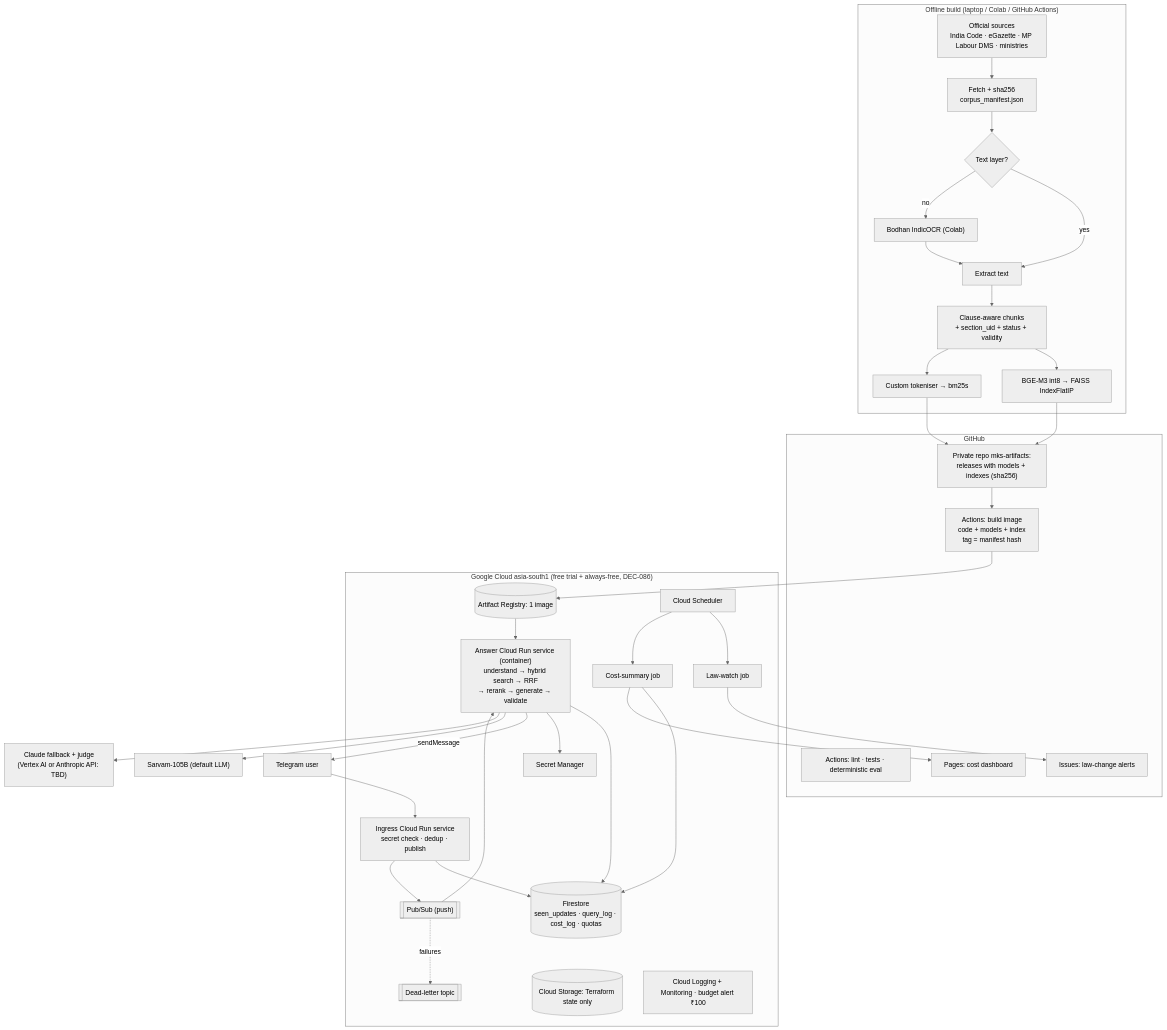
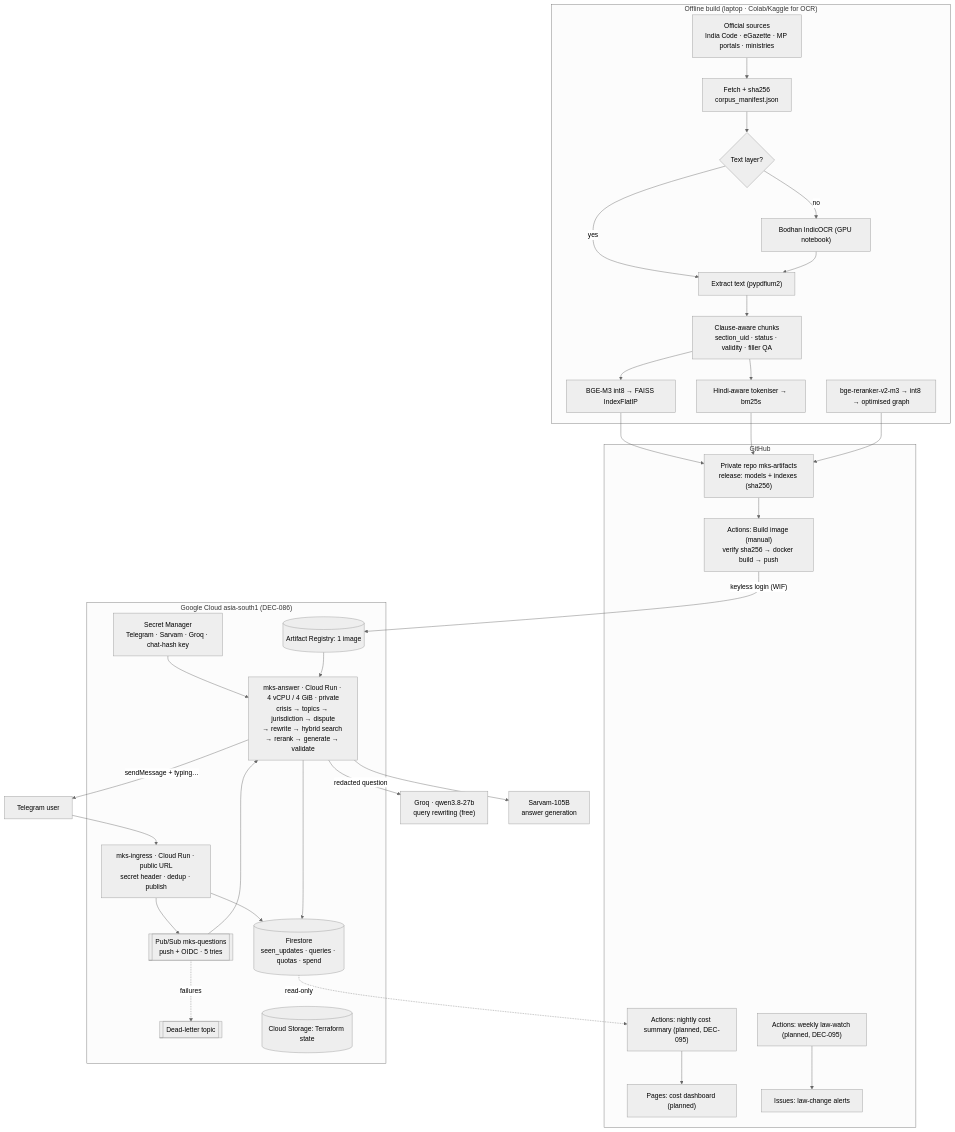
One commit to ajinendra05/Madhya-Kanoon-Saathi changed the diagram in docs/ARCHITECTURE.md. Above: the diagram before and after it, drawn with Mermaid (neutral theme). The commit also changed other lines of this file and 1 other file, not shown here.

Commit message:
docs: README and ARCHITECTURE for the deployed system (W3.4)
README: status, what is different, results table, how it works, setup,
evaluation, local run, deploy, credits (BGE-M3 MIT, reranker Apache-2.0,
IndicOCR credit, Sarvam, Groq). ARCHITECTURE: diagram and answer path as of
the second deployment (Groq rewriting, pool 20, 4 vCPU, planned GitHub
Actions dashboard and law-watch).

````diff
--- a/docs/ARCHITECTURE.md
+++ b/docs/ARCHITECTURE.md
@@ -6,49 +8,55 @@
 ```mermaid
 flowchart TB
-    subgraph OFF["Offline build (laptop / Colab / GitHub Actions)"]
-        SRC["Official sources<br/>India Code · eGazette · MP Labour DMS · ministries"] --> FETCH["Fetch + sha256<br/>corpus_manifest.json"]
+    subgraph OFF["Offline build (laptop · Colab/Kaggle for OCR)"]
+        SRC["Official sources<br/>India Code · eGazette · MP portals · ministries"] --> FETCH["Fetch + sha256<br/>corpus_manifest.json"]
         FETCH --> TXT{"Text layer?"}
-        TXT -- yes --> PARSE["Extract text"]
-        TXT -- no --> OCR["Bodhan IndicOCR (Colab)"]
+        TXT -- yes --> PARSE["Extract text (pypdfium2)"]
+        TXT -- no --> OCR["Bodhan IndicOCR (GPU notebook)"]
         OCR --> PARSE
-        PARSE --> CHUNK["Clause-aware chunks<br/>+ section_uid + status + validity"]
+        PARSE --> CHUNK["Clause-aware chunks<br/>section_uid · status · validity · filler QA"]
         CHUNK --> EMB["BGE-M3 int8 → FAISS IndexFlatIP"]
-        CHUNK --> BM["Custom tokeniser → bm25s"]
+        CHUNK --> BM["Hindi-aware tokeniser → bm25s"]
+        RR["bge-reranker-v2-m3 → int8 → optimised graph"]
     end
 
-    subgraph CI["GitHub"]
-        GHA["Actions: lint · tests · deterministic eval"]
-        REL["Private repo mks-artifacts:<br/>releases with models + indexes (sha256)"]
-        BUILD["Actions: build image<br/>code + models + index<br/>tag = manifest hash"]
-        PAGES["Pages: cost dashboard"]
+    subgraph GH["GitHub"]
+        REL["Private repo mks-artifacts<br/>release: models + indexes (sha256)"]
+        BUILD["Actions: Build image (manual)<br/>verify sha256 → docker build → push"]
+        COST["Actions: nightly cost summary (planned, DEC-095)"]
+        WATCH["Actions: weekly law-watch (planned, DEC-095)"]
+        PAGES["Pages: cost dashboard (planned)"]
         ISSUE["Issues: law-change alerts"]
     end
 
     EMB --> REL
     BM --> REL
+    RR --> REL
     REL --> BUILD
 
-    subgraph GCP["Google Cloud asia-south1 (free trial + always-free, DEC-086)"]
-        ING["Ingress Cloud Run service<br/>secret check · dedup · publish"]
-        ING --> FS[("Firestore<br/>seen_updates · query_log · cost_log · quotas")]
-        ING --> PS[["Pub/Sub (push)"]]
-        PS --> ANS["Answer Cloud Run service (container)<br/>understand → hybrid search → RRF<br/>→ rerank → generate → validate"]
-        PS -. failures .-> DLQ[["Dead-letter topic"]]
+    subgraph GCP["Google Cloud asia-south1 (DEC-086)"]
+        ING["mks-ingress · Cloud Run · public URL<br/>secret header · dedup · publish"]
+        PS[["Pub/Sub mks-questions<br/>push + OIDC · 5 tries"]]
+        DLQ[["Dead-letter topic"]]
+        ANS["mks-answer · Cloud Run · 4 vCPU / 4 GiB · private<br/>crisis → topics → jurisdiction → dispute<br/>→ rewrite → hybrid search → rerank → generate → validate"]
+        FS[("Firestore<br/>seen_updates · queries · quotas · spend")]
+        SM["Secret Manager<br/>Telegram · Sarvam · Groq · chat-hash key"]
+        AR[("Artifact Registry: 1 image")]
+        GCS[("Cloud Storage: Terraform state")]
+        ING --> FS
+        ING --> PS
+        PS --> ANS
+        PS -. failures .-> DLQ
         ANS --> FS
-        ANS --> SM["Secret Manager"]
-        AR[("Artifact Registry: 1 image")] --> ANS
-        GCS[("Cloud Storage: Terraform state only")]
-        SCH["Cloud Scheduler"] --> LW["Law-watch job"]
-        SCH --> CS["Cost-summary job"]
-        CS --> FS
-        CW["Cloud Logging + Monitoring · budget alert ₹100"]
+        SM --> ANS
+        AR --> ANS
     end
 
-    BUILD --> AR
+    BUILD -- "keyless login (WIF)" --> AR
     TG["Telegram user"] --> ING
-    ANS -- "sendMessage" --> TG
-    ANS --> SARVAM["Sarvam-105B (default LLM)"]
-    ANS --> CLAUDE["Claude fallback + judge<br/>(Vertex AI or Anthropic API: TBD)"]
-    LW --> ISSUE
-    CS --> PAGES
+    ANS -- "sendMessage + typing…" --> TG
+    ANS -- "redacted question" --> GROQ["Groq · qwen3.8-27b<br/>query rewriting (free)"]
+    ANS --> SARVAM["Sarvam-105B<br/>answer generation"]
+    FS -. read-only .-> COST
+    COST --> PAGES
+    WATCH --> ISSUE
 ```
````
